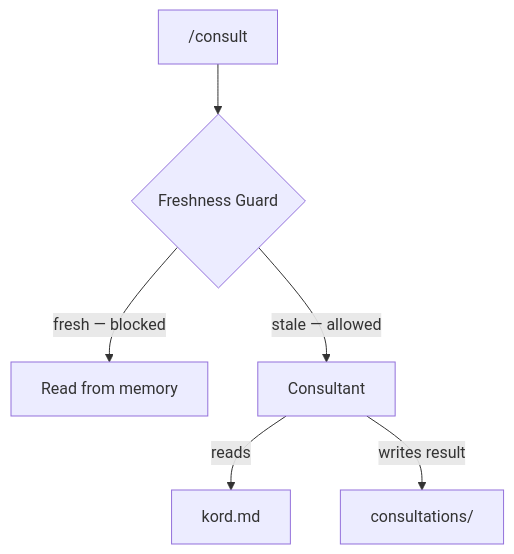
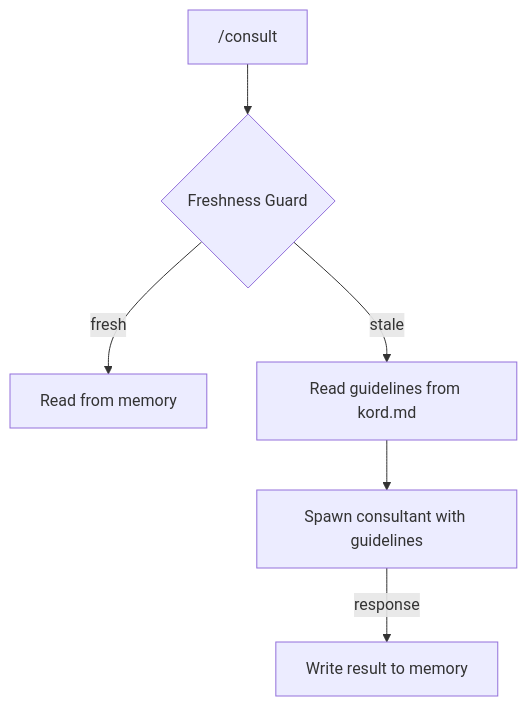
One commit to Kord96/kordinate changed the diagram in docs/framework/kords.md. Above: the diagram before and after it, drawn with Mermaid. The commit also changed other lines of this file, not shown here.

First line of the commit message:
Docs: kords — consulter reads guidelines, passes to consultant on spawn [scribe]

````diff
--- a/docs/framework/kords.md
+++ b/docs/framework/kords.md
@@ -87,8 +87,8 @@
 ```mermaid
 flowchart TB
     C["/consult"] --> G{Freshness Guard}
-    G -->|fresh — blocked| M[Read from memory]
-    G -->|stale — allowed| A[Consultant]
-    A -->|reads| K[kord.md]
-    A -->|writes result| R[consultations/]
+    G -->|fresh| M[Read from memory]
+    G -->|stale| K[Read guidelines from kord.md]
+    K --> A[Spawn consultant with guidelines]
+    A -->|response| W[Write result to memory]
 ```
````
